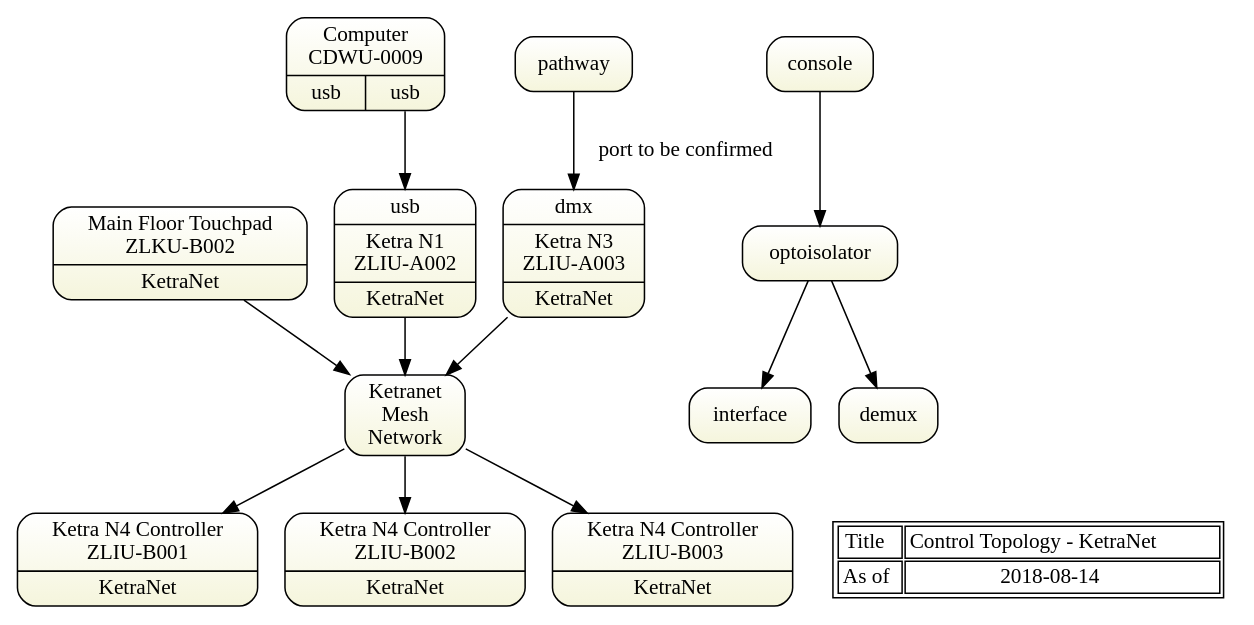
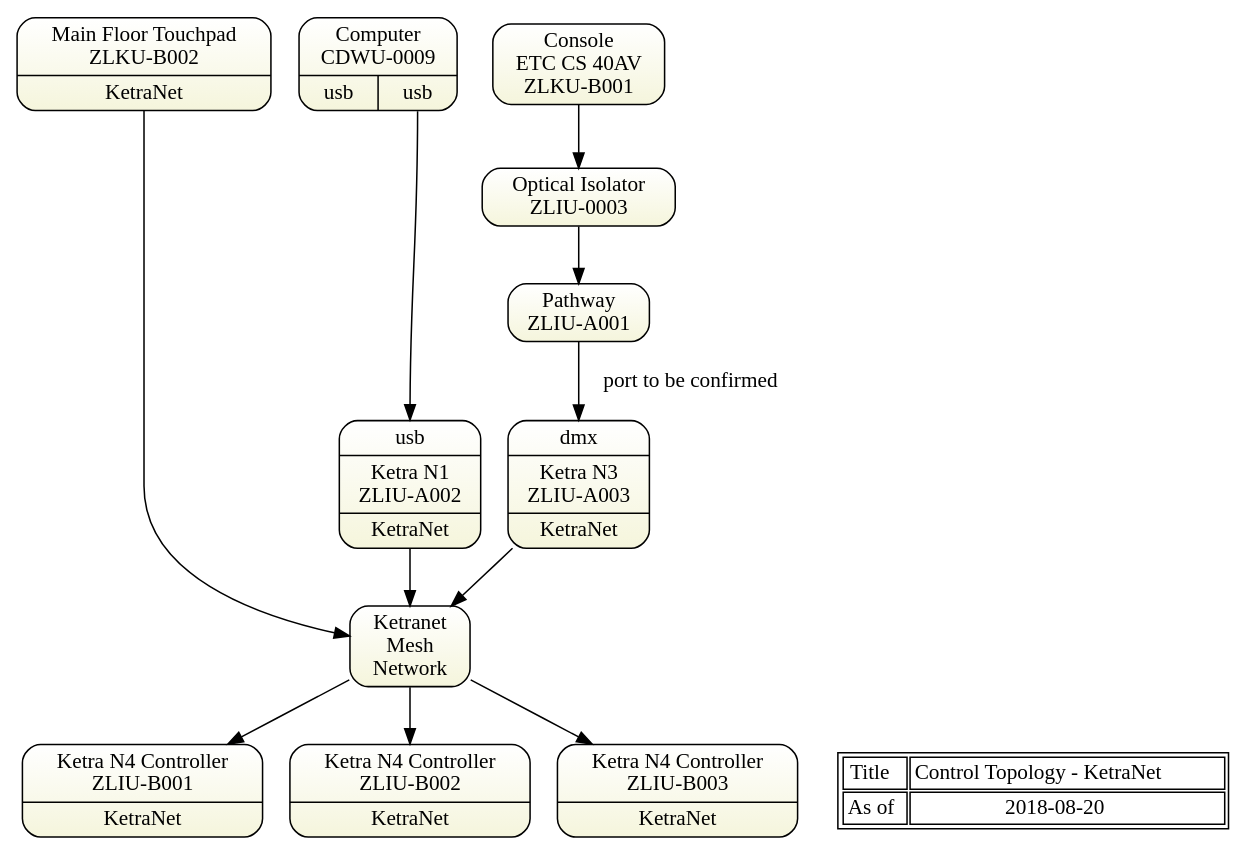
Before and after one commit to avmaint/uactechdoc: the diagram in sdl-topology2-control.gv, drawn with Graphviz. The commit also changed 3 other files, not shown here.

```diff
--- a/sdl-topology2-control.gv
+++ b/sdl-topology2-control.gv
@@ -1,56 +1,59 @@
 digraph topology1 { 
 graph [overlap = true, fontsize = 10, rankdir=TB 
       tooltip="Control Topology - KetraNet",
       fontname = Helvetica]
 
 node [shape=Mrecord, tooltip="" , 
       fillcolor="white:beige" , style=filled  
       gradientangle=270]
       
  
 touchpad [label="{Main Floor Touchpad\nZLKU-B002|KetraNet}"]
 
 computer [label="{{Computer\nCDWU-0009}|{ <o1>usb|<o2>usb }}"]
 
 n1 [label="{<i>usb|Ketra N1\nZLIU-A002|KetraNet}"]
 computer:o2 -> n1:i
 
 n3 [label="{<i>dmx|Ketra N3\nZLIU-A003|<o>KetraNet}"]
 
+pathway [label="Pathway\nZLIU-A001"]
+console [label="Console\nETC CS 40AV\nZLKU-B001"]
+optoisolator [label="Optical Isolator\nZLIU-0003"]
+
 ketranet [label="Ketranet\nMesh\nNetwork"]
 
 touchpad -> ketranet
 
 pathway:o1 -> n3 [label="port to be confirmed"]
  
 
 ketran4_1 [label="{<i>Ketra N4 Controller\nZLIU-B001|KetraNet}"] 
 ketran4_2 [label="{<i>Ketra N4 Controller\nZLIU-B002|KetraNet}"] 
 ketran4_3 [label="{<i>Ketra N4 Controller\nZLIU-B003|KetraNet}"] 
 
 ketranet -> ketran4_1
 ketranet -> ketran4_2
 ketranet -> ketran4_3
 n3       -> ketranet
 n1       -> ketranet
 
 console:dmx1 -> optoisolator:i1
+optoisolator -> pathway 
 
-optoisolator:o1 -> interface:dmx     
-optoisolator:o2 -> demux:i
- 
+  
 Node [shape=plaintext, fillcolor=white]
 stamp [label= <<table>
 <tr><td>Title</td>
     <td>Control Topology - KetraNet</td>
 </tr>    
 <tr><td>As of</td>
-    <td>2018-08-14</td>
+    <td>2018-08-20</td>
 </tr>
    
 </table>> ]  
 
 {rank=same; stamp   ketran4_1 ketran4_2 ketran4_3}
-{rank=same; console computer  }
-{rank=same; n1 n3 touchpad}
+{rank=same; console computer touchpad }
+{rank=same; n1 n3 }
  } 
```
